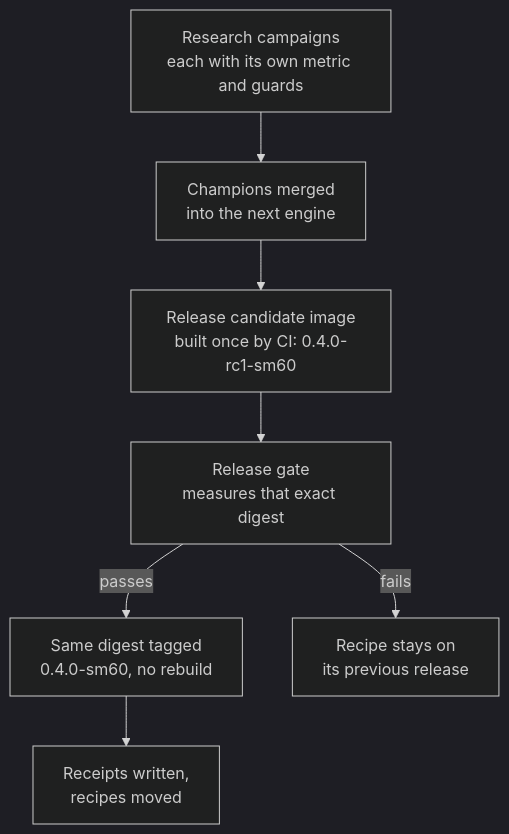
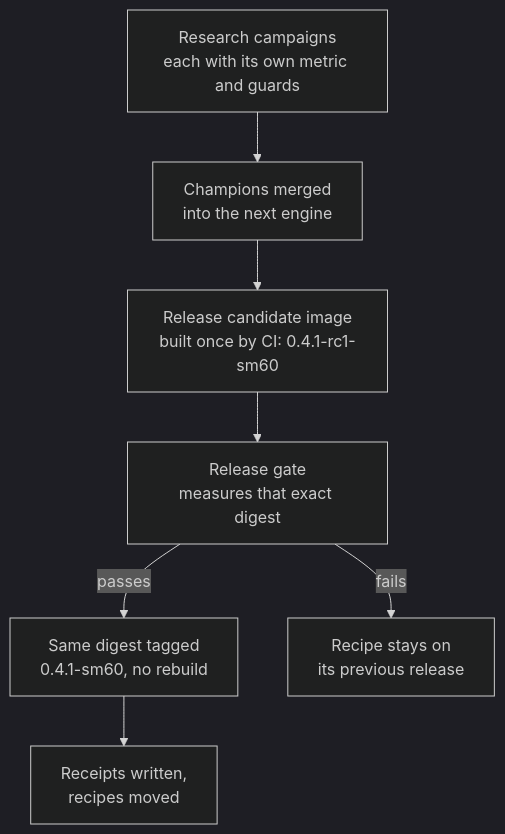
One commit to iammrduncan/tensorless changed the diagram in site/src/content/docs/docs/explanation/releases-and-receipts.md. Above: the diagram before and after it, drawn with Mermaid (dark theme). The commit also changed other lines of this file and 39 other files, not shown here.

````diff
--- a/site/src/content/docs/docs/explanation/releases-and-receipts.md
+++ b/site/src/content/docs/docs/explanation/releases-and-receipts.md
@@ -27,9 +27,9 @@
 ```mermaid
 flowchart TD
     A["Research campaigns<br/>each with its own metric and guards"] --> B["Champions merged<br/>into the next engine"]
-    B --> C["Release candidate image<br/>built once by CI: 0.4.0-rc1-sm60"]
+    B --> C["Release candidate image<br/>built once by CI: 0.4.1-rc1-sm60"]
     C --> D["Release gate<br/>measures that exact digest"]
-    D -- passes --> E["Same digest tagged<br/>0.4.0-sm60, no rebuild"]
+    D -- passes --> E["Same digest tagged<br/>0.4.1-sm60, no rebuild"]
     E --> F["Receipts written,<br/>recipes moved"]
     D -- fails --> G["Recipe stays on<br/>its previous release"]
 ```
````
